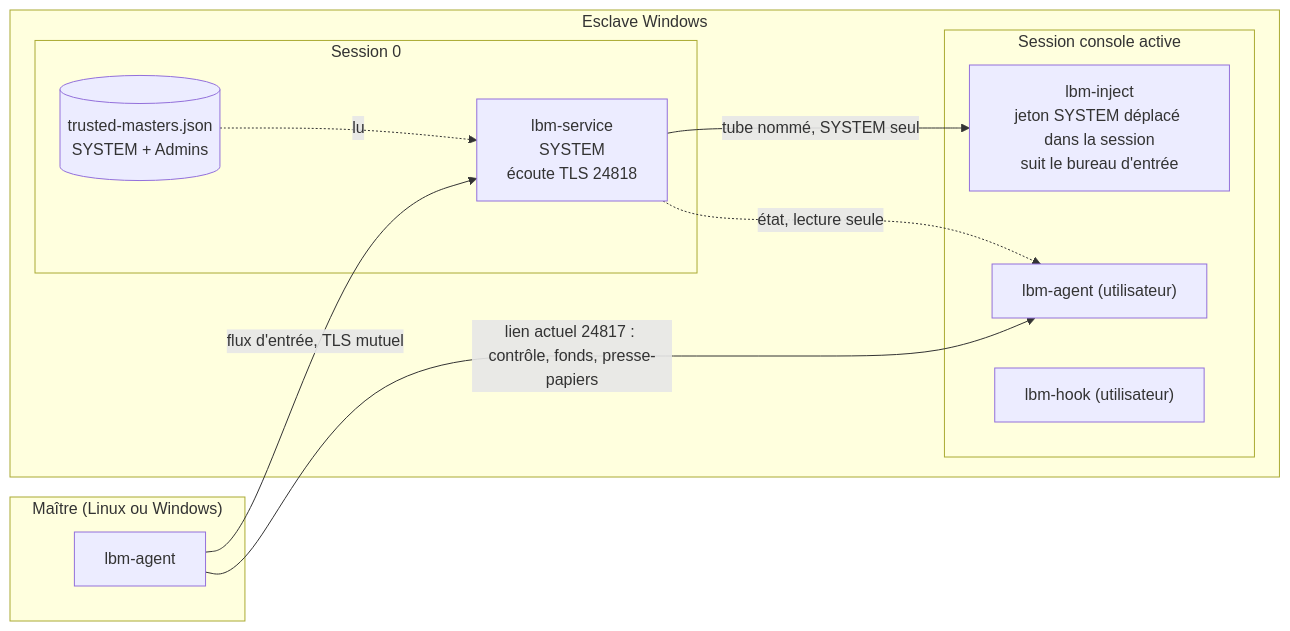
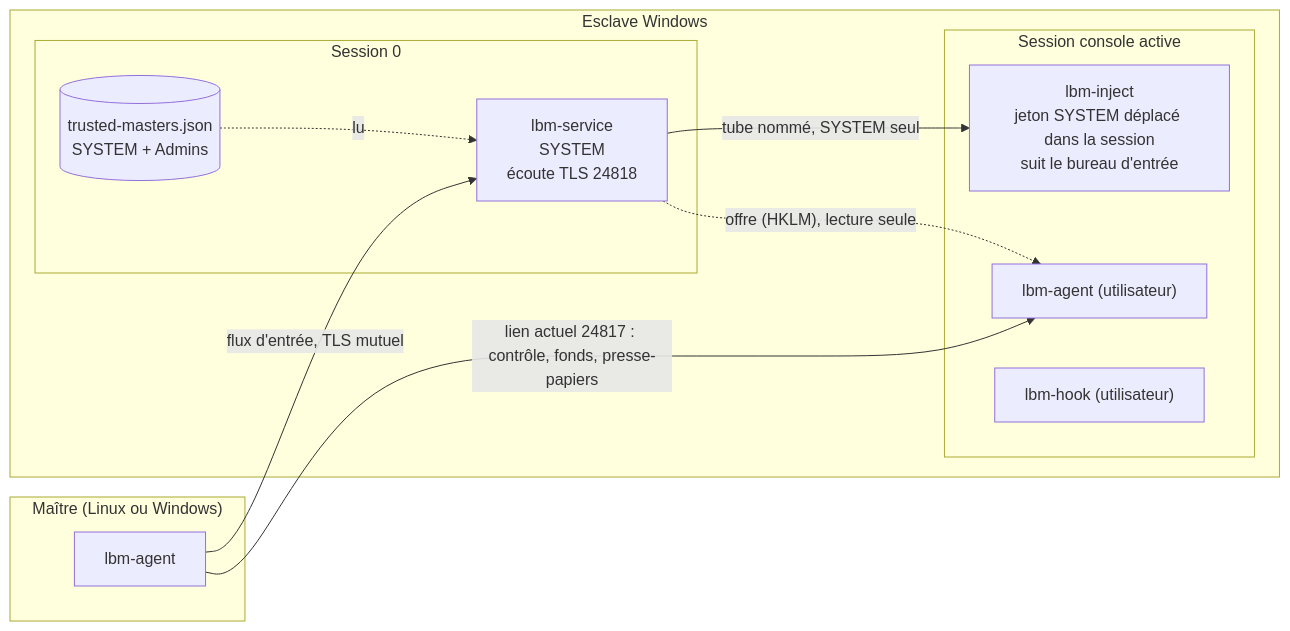
The diagram in docs/multi-pc-service-windows.md (mgth/LittleBigMouse), drawn with Mermaid before and after one commit. The commit also changed other lines of this file and 9 other files, not shown here.

````diff
--- a/docs/multi-pc-service-windows.md
+++ b/docs/multi-pc-service-windows.md
@@ -105,22 +105,22 @@
 ```mermaid
 flowchart LR
   subgraph M["Maître (Linux ou Windows)"]
     MA["lbm-agent"]
   end
   subgraph S["Esclave Windows"]
     subgraph S0["Session 0"]
       SVC["lbm-service<br/>SYSTEM<br/>écoute TLS 24818"]
       TM[("trusted-masters.json<br/>SYSTEM + Admins")]
     end
     subgraph S1["Session console active"]
       INJ["lbm-inject<br/>jeton SYSTEM déplacé dans la session<br/>suit le bureau d'entrée"]
       SA["lbm-agent (utilisateur)"]
       SH["lbm-hook (utilisateur)"]
     end
   end
   MA -- "lien actuel 24817 : contrôle, fonds, presse-papiers" --> SA
   MA -- "flux d'entrée, TLS mutuel" --> SVC
   TM -. lu .-> SVC
   SVC -- "tube nommé, SYSTEM seul" --> INJ
-  SVC -. "état, lecture seule" .-> SA
+  SVC -. "offre (HKLM), lecture seule" .-> SA
 ```
````
